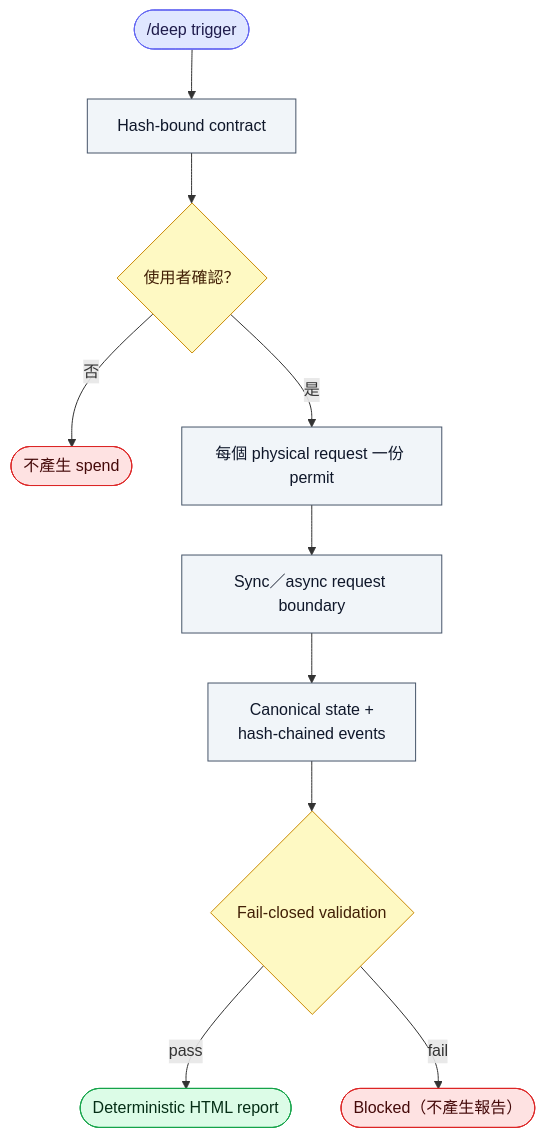
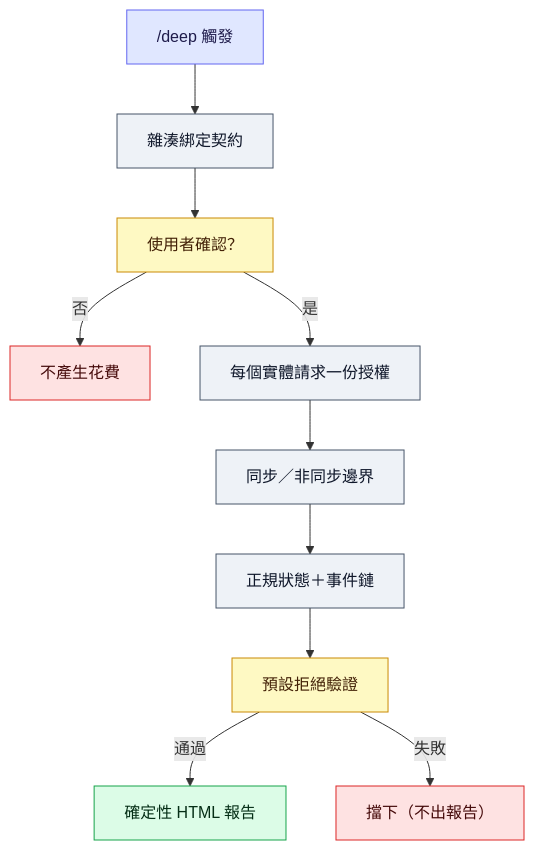
The diagram in README.zh-TW.md (jechiu16/agent-deep-research-trigger), drawn with Mermaid before and after one commit. The commit also changed 1 other file, not shown here.

Commit message:
docs: unify flowchart node shapes and diagram language
Makes every node a rectangle and distinguishes roles by color only
(start/step/gate/stop/done) instead of mixing rectangles, diamonds, and
stadiums. Keeps each README's diagram single-language: all-English in
README.md, all Traditional Chinese in README.zh-TW.md, removing the
prior CN/EN label mixing.

````diff
--- a/README.zh-TW.md
+++ b/README.zh-TW.md
@@ -144,18 +144,18 @@
 ```mermaid
 flowchart TD
-    T(["/deep trigger"]):::trig --> C["Hash-bound contract"]:::proc
-    C --> U{"使用者確認？"}:::dec
-    U -- 否 --> X(["不產生 spend"]):::stop
-    U -- 是 --> P["每個 physical request 一份 permit"]:::proc
-    P --> B["Sync／async request boundary"]:::proc
-    B --> S["Canonical state +<br/>hash-chained events"]:::proc
-    S --> V{"Fail-closed validation"}:::dec
-    V -- pass --> R(["Deterministic HTML report"]):::done
-    V -- fail --> H(["Blocked（不產生報告）"]):::stop
+    T["/deep 觸發"]:::start --> C["雜湊綁定契約"]:::step
+    C --> U["使用者確認？"]:::gate
+    U -- 否 --> X["不產生花費"]:::stop
+    U -- 是 --> P["每個實體請求一份授權"]:::step
+    P --> B["同步／非同步邊界"]:::step
+    B --> S["正規狀態＋事件鏈"]:::step
+    S --> V["預設拒絕驗證"]:::gate
+    V -- 通過 --> R["確定性 HTML 報告"]:::done
+    V -- 失敗 --> H["擋下（不出報告）"]:::stop
 
-    classDef trig fill:#e0e7ff,stroke:#6366f1,color:#1e1b4b;
-    classDef proc fill:#f1f5f9,stroke:#475569,color:#0f172a;
-    classDef dec fill:#fef9c3,stroke:#ca8a04,color:#422006;
+    classDef start fill:#e0e7ff,stroke:#6366f1,color:#1e1b4b;
+    classDef step fill:#eef2f7,stroke:#475569,color:#0f172a;
+    classDef gate fill:#fef9c3,stroke:#ca8a04,color:#422006;
     classDef stop fill:#fee2e2,stroke:#dc2626,color:#450a0a;
     classDef done fill:#dcfce7,stroke:#16a34a,color:#052e16;
 ```
````
